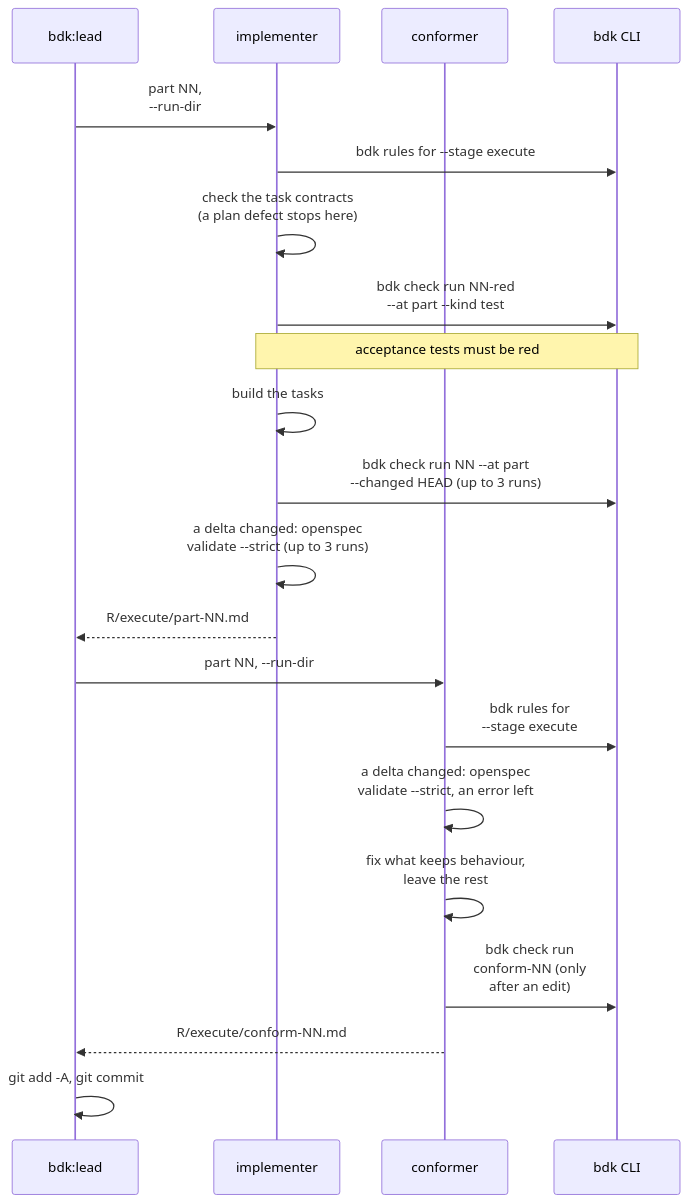
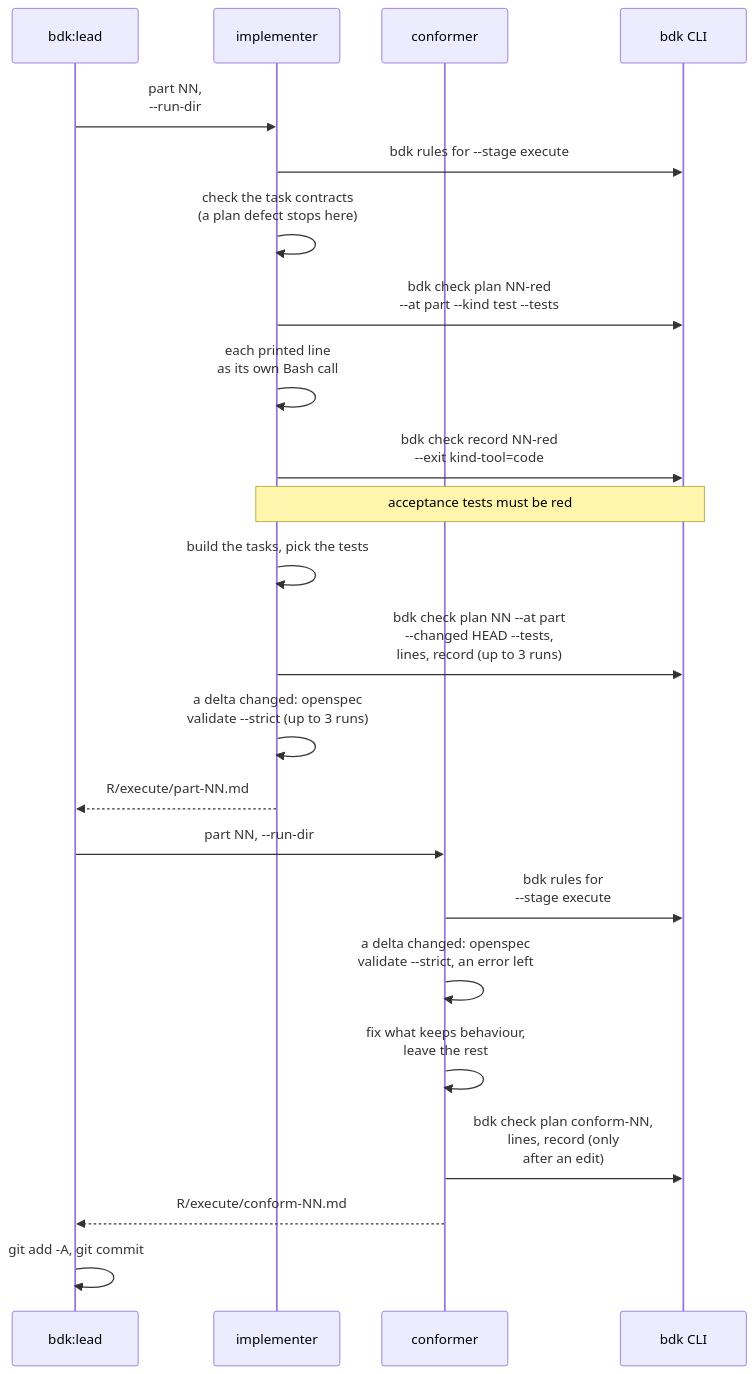
Before and after one commit to broneq/bdk: the eighth of 15 diagrams in docs/concepts/orchestrators.md, drawn with Mermaid. The commit also changed other lines of this file and 67 other files, not shown here.

First line of the commit message:
feat(check)!: plan the checks and let the agent run the real command

````diff
--- a/docs/concepts/orchestrators.md
+++ b/docs/concepts/orchestrators.md
@@ -172,23 +173,25 @@
 ```mermaid
 sequenceDiagram
   participant L as bdk:lead
   participant I as implementer
   participant F as conformer
   participant B as bdk CLI
   L->>I: part NN,<br/>--run-dir
   I->>B: bdk rules for --stage execute
   I->>I: check the task contracts<br/>(a plan defect stops here)
-  I->>B: bdk check run NN-red<br/>--at part --kind test
+  I->>B: bdk check plan NN-red<br/>--at part --kind test --tests
+  I->>I: each printed line<br/>as its own Bash call
+  I->>B: bdk check record NN-red<br/>--exit kind-tool=code
   Note over I,B: acceptance tests must be red
-  I->>I: build the tasks
-  I->>B: bdk check run NN --at part<br/>--changed HEAD (up to 3 runs)
+  I->>I: build the tasks, pick the tests
+  I->>B: bdk check plan NN --at part<br/>--changed HEAD --tests,<br/>lines, record (up to 3 runs)
   I->>I: a delta changed: openspec<br/>validate --strict (up to 3 runs)
   I-->>L: R/execute/part-NN.md
   L->>F: part NN, --run-dir
   F->>B: bdk rules for<br/>--stage execute
   F->>F: a delta changed: openspec<br/>validate --strict, an error left
   F->>F: fix what keeps behaviour,<br/>leave the rest
-  F->>B: bdk check run<br/>conform-NN (only<br/>after an edit)
+  F->>B: bdk check plan conform-NN,<br/>lines, record (only<br/>after an edit)
   F-->>L: R/execute/conform-NN.md
   L->>L: git add -A, git commit
 ```
````
